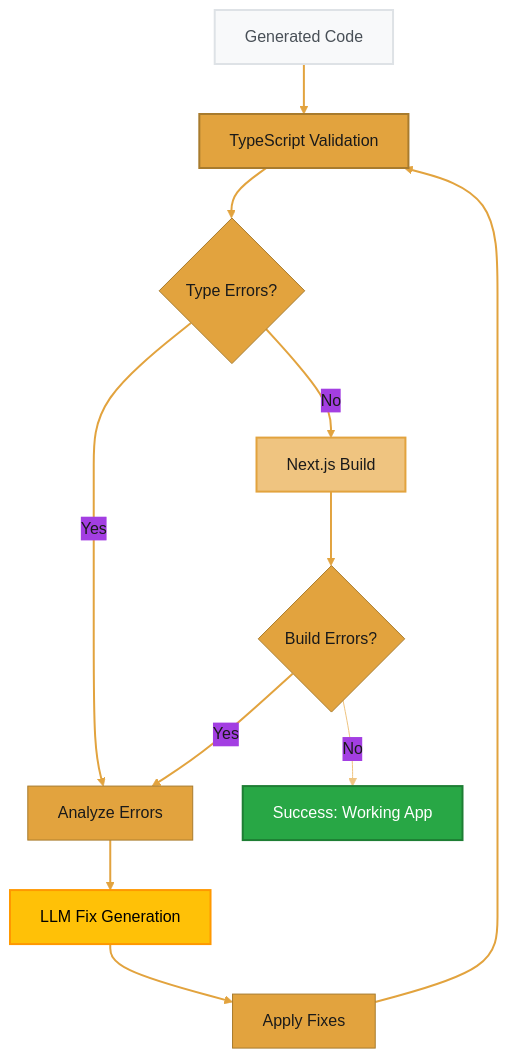
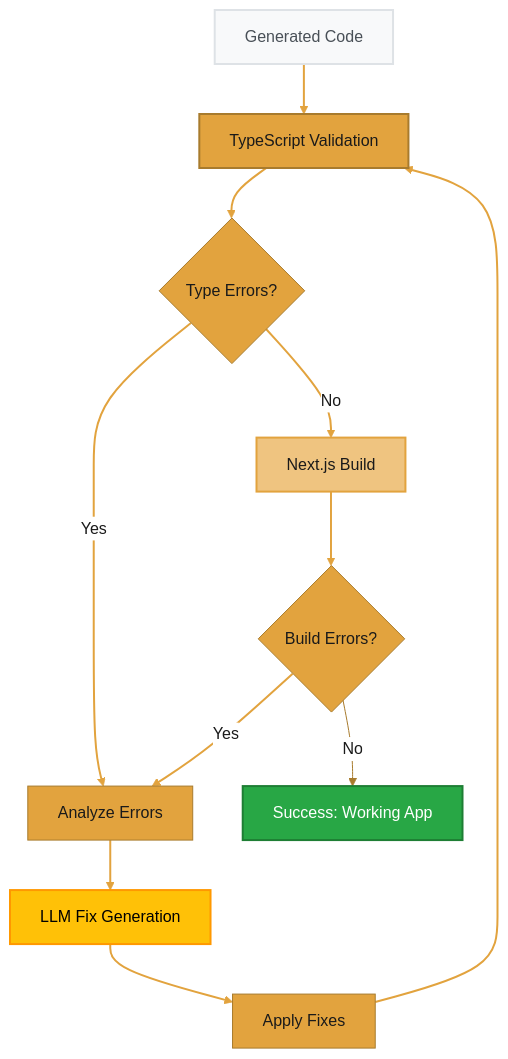
Before and after one commit to amd/gaia: the diagram in docs/playbooks/code-agent/part-3-validation-building.mdx, drawn with Mermaid. The commit also changed other lines of this file and 20 other files, not shown here.

First line of the commit message:
docs: audit pass 4 — playbooks + roadmap/releases (dark-mode diagrams, links)

````diff
--- a/docs/playbooks/code-agent/part-3-validation-building.mdx
+++ b/docs/playbooks/code-agent/part-3-validation-building.mdx
@@ -27,24 +27,24 @@
 ```mermaid
-%%{init: {'theme':'base', 'themeVariables': { 'primaryColor':'#E2A33E', 'primaryTextColor':'#1a1a1a', 'primaryBorderColor':'#A87B2D', 'lineColor':'#EFC480', 'fontFamily': 'system-ui, -apple-system, sans-serif'}}}%%
+%%{init: {'theme':'base', 'themeVariables': { 'primaryColor':'#E2A33E', 'primaryTextColor':'#1a1a1a', 'primaryBorderColor':'#A87B2D', 'lineColor':'#A87B2D', 'edgeLabelBackground':'#ffffff', 'fontFamily':'system-ui, -apple-system, sans-serif'}}}%%
 flowchart TD
     A["Generated Code"] --> B["TypeScript Validation"]
     B --> C{Type Errors?}
     C -->|Yes| D["Analyze Errors"]
     C -->|No| E["Next.js Build"]
     
     D --> F["LLM Fix Generation"]
     F --> G["Apply Fixes"]
     G --> B
     
     E --> H{Build Errors?}
     H -->|Yes| D
     H -->|No| I["Success: Working App"]
     
     style A fill:#f8f9fa,stroke:#dee2e6,stroke-width:2px,color:#495057
     style B fill:#E2A33E,stroke:#A87B2D,stroke-width:2px,color:#1a1a1a
     style E fill:#EFC480,stroke:#E2A33E,stroke-width:2px,color:#1a1a1a
     style F fill:#ffc107,stroke:#ff9800,stroke-width:2px,color:#000
     style I fill:#28a745,stroke:#1e7e34,stroke-width:2px,color:#fff
     
     linkStyle 0,1,2,3,4,5,6,7,8 stroke:#E2A33E,stroke-width:2px
 ```
````
